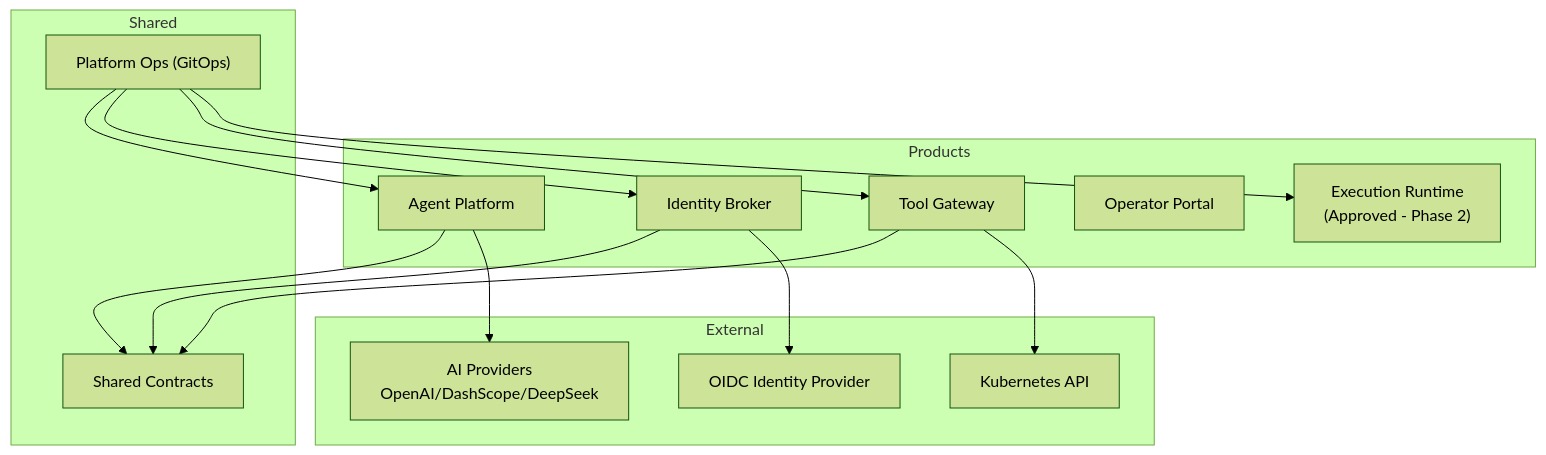
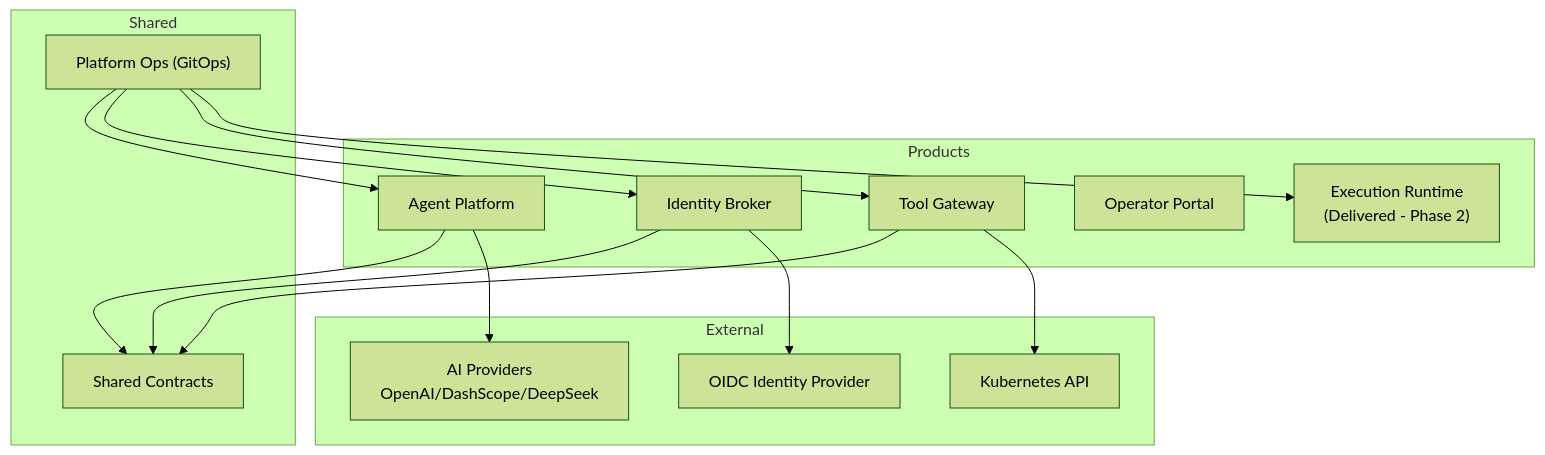
One commit to metasync/luban-aiops changed the first of 8 diagrams in .qoder/repowiki/en/content/Project Overview.md. Above: the diagram before and after it, drawn with Mermaid (forest theme). The commit also changed other lines of this file and 2 other files, not shown here.

````diff
--- a/.qoder/repowiki/en/content/Project Overview.md
+++ b/.qoder/repowiki/en/content/Project Overview.md
@@ -95,29 +100,29 @@
 ```mermaid
 graph TB
 subgraph "Products"
 AP["Agent Platform"]
 IB["Identity Broker"]
 TG["Tool Gateway"]
 OP["Operator Portal"]
-ER["Execution Runtime<br/>(Approved - Phase 2)"]
+ER["Execution Runtime<br/>(Delivered - Phase 2)"]
 end
 subgraph "Shared"
 SC["Shared Contracts"]
 OPS["Platform Ops (GitOps)"]
 end
 subgraph "External"
 K8S["Kubernetes API"]
 AI["AI Providers<br/>OpenAI/DashScope/DeepSeek"]
 IDP["OIDC Identity Provider"]
 end
 AP --> SC
 IB --> SC
 TG --> SC
 TG --> K8S
 AP --> AI
 IB --> IDP
 OPS --> AP
 OPS --> IB
 OPS --> TG
 OPS --> ER
 ```
````
